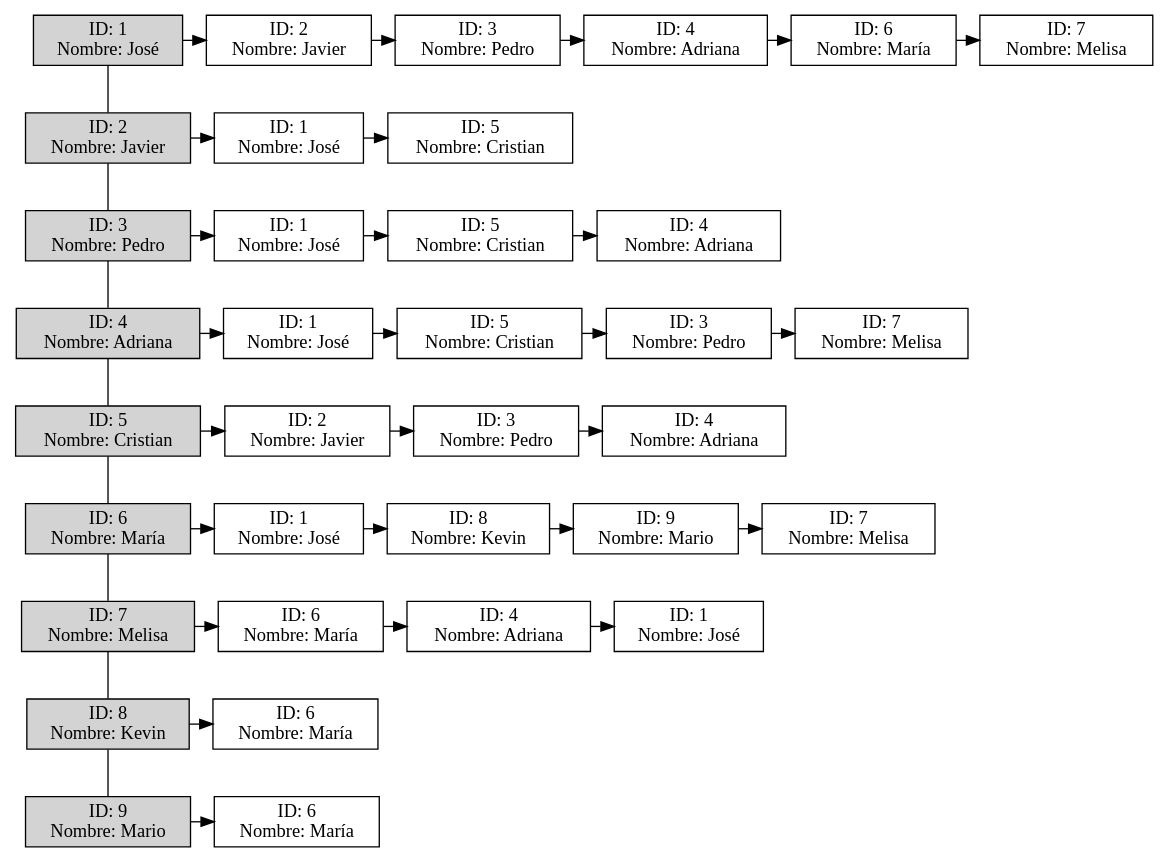
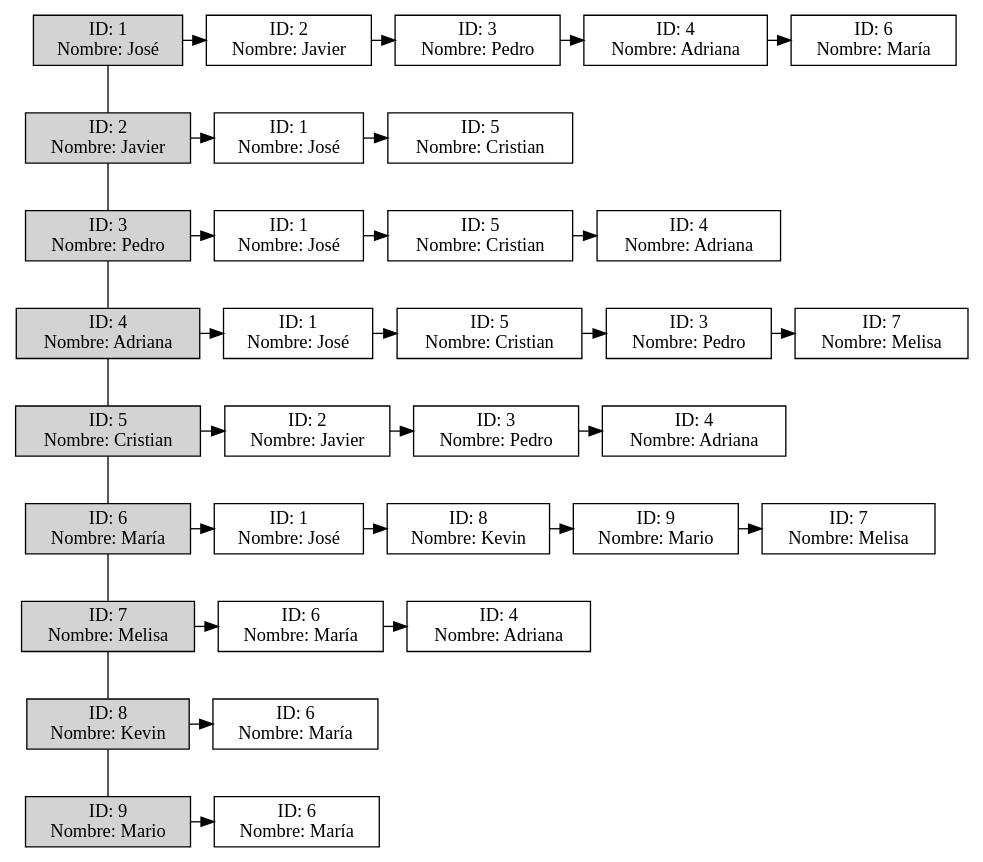
One commit to Ggi0/-EDD-Proyecto_202100229 changed the diagram in fase3/usuarios/reportes/grafoLista.dot. Above: the diagram before and after it, drawn with Graphviz. The commit also changed 15 other files, not shown here.

```diff
--- a/fase3/usuarios/reportes/grafoLista.dot
+++ b/fase3/usuarios/reportes/grafoLista.dot
@@ -1,73 +1,69 @@
 digraph G {
 node[shape = "box" style = "filled"]
 Nodo1[label = "ID: 1\nNombre: José" group = "1" fillcolor="lightgray"];
-Nodo1->Nodo2[dir = none];Nodo1->Nodo0x7f82a4642430;
-Nodo0x7f82a4642430[label = "ID: 2\nNombre: Javier" fillcolor = "white"];
-Nodo0x7f82a4642430->Nodo0x7f82a463e100;
-Nodo0x7f82a463e100[label = "ID: 3\nNombre: Pedro" fillcolor = "white"];
-Nodo0x7f82a463e100->Nodo0x7f82a463e280;
-Nodo0x7f82a463e280[label = "ID: 4\nNombre: Adriana" fillcolor = "white"];
-Nodo0x7f82a463e280->Nodo0x7f82a463e400;
-Nodo0x7f82a463e400[label = "ID: 6\nNombre: María" fillcolor = "white"];
-Nodo0x7f82a463e400->Nodo0x7f82a463f240;
-Nodo0x7f82a463f240[label = "ID: 7\nNombre: Melisa" fillcolor = "white"];
-{rank=same;Nodo1;Nodo0x7f82a4642430;Nodo0x7f82a463e100;Nodo0x7f82a463e280;Nodo0x7f82a463e400;Nodo0x7f82a463f240}
+Nodo1->Nodo2[dir = none];Nodo1->Nodo0x7fba8c506430;
+Nodo0x7fba8c506430[label = "ID: 2\nNombre: Javier" fillcolor = "white"];
+Nodo0x7fba8c506430->Nodo0x7fba8c5065b0;
+Nodo0x7fba8c5065b0[label = "ID: 3\nNombre: Pedro" fillcolor = "white"];
+Nodo0x7fba8c5065b0->Nodo0x7fba8c506730;
+Nodo0x7fba8c506730[label = "ID: 4\nNombre: Adriana" fillcolor = "white"];
+Nodo0x7fba8c506730->Nodo0x7fba8c5068b0;
+Nodo0x7fba8c5068b0[label = "ID: 6\nNombre: María" fillcolor = "white"];
+{rank=same;Nodo1;Nodo0x7fba8c506430;Nodo0x7fba8c5065b0;Nodo0x7fba8c506730;Nodo0x7fba8c5068b0}
 Nodo2[label = "ID: 2\nNombre: Javier" group = "1" fillcolor="lightgray"];
-Nodo2->Nodo3[dir = none];Nodo2->Nodo0x7f82a463e040;
-Nodo0x7f82a463e040[label = "ID: 1\nNombre: José" fillcolor = "white"];
-Nodo0x7f82a463e040->Nodo0x7f82a463e640;
-Nodo0x7f82a463e640[label = "ID: 5\nNombre: Cristian" fillcolor = "white"];
-{rank=same;Nodo2;Nodo0x7f82a463e040;Nodo0x7f82a463e640}
+Nodo2->Nodo3[dir = none];Nodo2->Nodo0x7fba8c5064f0;
+Nodo0x7fba8c5064f0[label = "ID: 1\nNombre: José" fillcolor = "white"];
+Nodo0x7fba8c5064f0->Nodo0x7fba8c506af0;
+Nodo0x7fba8c506af0[label = "ID: 5\nNombre: Cristian" fillcolor = "white"];
+{rank=same;Nodo2;Nodo0x7fba8c5064f0;Nodo0x7fba8c506af0}
 Nodo3[label = "ID: 3\nNombre: Pedro" group = "1" fillcolor="lightgray"];
-Nodo3->Nodo4[dir = none];Nodo3->Nodo0x7f82a463e1c0;
-Nodo0x7f82a463e1c0[label = "ID: 1\nNombre: José" fillcolor = "white"];
-Nodo0x7f82a463e1c0->Nodo0x7f82a463e7c0;
-Nodo0x7f82a463e7c0[label = "ID: 5\nNombre: Cristian" fillcolor = "white"];
-Nodo0x7f82a463e7c0->Nodo0x7f82a463ea00;
-Nodo0x7f82a463ea00[label = "ID: 4\nNombre: Adriana" fillcolor = "white"];
-{rank=same;Nodo3;Nodo0x7f82a463e1c0;Nodo0x7f82a463e7c0;Nodo0x7f82a463ea00}
+Nodo3->Nodo4[dir = none];Nodo3->Nodo0x7fba8c506670;
+Nodo0x7fba8c506670[label = "ID: 1\nNombre: José" fillcolor = "white"];
+Nodo0x7fba8c506670->Nodo0x7fba8c506c70;
+Nodo0x7fba8c506c70[label = "ID: 5\nNombre: Cristian" fillcolor = "white"];
+Nodo0x7fba8c506c70->Nodo0x7fba8c506eb0;
+Nodo0x7fba8c506eb0[label = "ID: 4\nNombre: Adriana" fillcolor = "white"];
+{rank=same;Nodo3;Nodo0x7fba8c506670;Nodo0x7fba8c506c70;Nodo0x7fba8c506eb0}
 Nodo4[label = "ID: 4\nNombre: Adriana" group = "1" fillcolor="lightgray"];
-Nodo4->Nodo5[dir = none];Nodo4->Nodo0x7f82a463e340;
-Nodo0x7f82a463e340[label = "ID: 1\nNombre: José" fillcolor = "white"];
-Nodo0x7f82a463e340->Nodo0x7f82a463e940;
-Nodo0x7f82a463e940[label = "ID: 5\nNombre: Cristian" fillcolor = "white"];
-Nodo0x7f82a463e940->Nodo0x7f82a463eac0;
-Nodo0x7f82a463eac0[label = "ID: 3\nNombre: Pedro" fillcolor = "white"];
-Nodo0x7f82a463eac0->Nodo0x7f82a463f0c0;
-Nodo0x7f82a463f0c0[label = "ID: 7\nNombre: Melisa" fillcolor = "white"];
-{rank=same;Nodo4;Nodo0x7f82a463e340;Nodo0x7f82a463e940;Nodo0x7f82a463eac0;Nodo0x7f82a463f0c0}
+Nodo4->Nodo5[dir = none];Nodo4->Nodo0x7fba8c5067f0;
+Nodo0x7fba8c5067f0[label = "ID: 1\nNombre: José" fillcolor = "white"];
+Nodo0x7fba8c5067f0->Nodo0x7fba8c506df0;
+Nodo0x7fba8c506df0[label = "ID: 5\nNombre: Cristian" fillcolor = "white"];
+Nodo0x7fba8c506df0->Nodo0x7fba8c506f70;
+Nodo0x7fba8c506f70[label = "ID: 3\nNombre: Pedro" fillcolor = "white"];
+Nodo0x7fba8c506f70->Nodo0x7fba8c50a050;
+Nodo0x7fba8c50a050[label = "ID: 7\nNombre: Melisa" fillcolor = "white"];
+{rank=same;Nodo4;Nodo0x7fba8c5067f0;Nodo0x7fba8c506df0;Nodo0x7fba8c506f70;Nodo0x7fba8c50a050}
 Nodo5[label = "ID: 5\nNombre: Cristian" group = "1" fillcolor="lightgray"];
-Nodo5->Nodo6[dir = none];Nodo5->Nodo0x7f82a463e580;
-Nodo0x7f82a463e580[label = "ID: 2\nNombre: Javier" fillcolor = "white"];
-Nodo0x7f82a463e580->Nodo0x7f82a463e700;
-Nodo0x7f82a463e700[label = "ID: 3\nNombre: Pedro" fillcolor = "white"];
-Nodo0x7f82a463e700->Nodo0x7f82a463e880;
-Nodo0x7f82a463e880[label = "ID: 4\nNombre: Adriana" fillcolor = "white"];
-{rank=same;Nodo5;Nodo0x7f82a463e580;Nodo0x7f82a463e700;Nodo0x7f82a463e880}
+Nodo5->Nodo6[dir = none];Nodo5->Nodo0x7fba8c506a30;
+Nodo0x7fba8c506a30[label = "ID: 2\nNombre: Javier" fillcolor = "white"];
+Nodo0x7fba8c506a30->Nodo0x7fba8c506bb0;
+Nodo0x7fba8c506bb0[label = "ID: 3\nNombre: Pedro" fillcolor = "white"];
+Nodo0x7fba8c506bb0->Nodo0x7fba8c506d30;
+Nodo0x7fba8c506d30[label = "ID: 4\nNombre: Adriana" fillcolor = "white"];
+{rank=same;Nodo5;Nodo0x7fba8c506a30;Nodo0x7fba8c506bb0;Nodo0x7fba8c506d30}
 Nodo6[label = "ID: 6\nNombre: María" group = "1" fillcolor="lightgray"];
-Nodo6->Nodo7[dir = none];Nodo6->Nodo0x7f82a463e4c0;
-Nodo0x7f82a463e4c0[label = "ID: 1\nNombre: José" fillcolor = "white"];
-Nodo0x7f82a463e4c0->Nodo0x7f82a463eb80;
-Nodo0x7f82a463eb80[label = "ID: 8\nNombre: Kevin" fillcolor = "white"];
-Nodo0x7f82a463eb80->Nodo0x7f82a463ed00;
-Nodo0x7f82a463ed00[label = "ID: 9\nNombre: Mario" fillcolor = "white"];
-Nodo0x7f82a463ed00->Nodo0x7f82a463ee80;
-Nodo0x7f82a463ee80[label = "ID: 7\nNombre: Melisa" fillcolor = "white"];
-{rank=same;Nodo6;Nodo0x7f82a463e4c0;Nodo0x7f82a463eb80;Nodo0x7f82a463ed00;Nodo0x7f82a463ee80}
+Nodo6->Nodo7[dir = none];Nodo6->Nodo0x7fba8c506970;
+Nodo0x7fba8c506970[label = "ID: 1\nNombre: José" fillcolor = "white"];
+Nodo0x7fba8c506970->Nodo0x7fba8c507030;
+Nodo0x7fba8c507030[label = "ID: 8\nNombre: Kevin" fillcolor = "white"];
+Nodo0x7fba8c507030->Nodo0x7fba8c5071b0;
+Nodo0x7fba8c5071b0[label = "ID: 9\nNombre: Mario" fillcolor = "white"];
+Nodo0x7fba8c5071b0->Nodo0x7fba8c509e10;
+Nodo0x7fba8c509e10[label = "ID: 7\nNombre: Melisa" fillcolor = "white"];
+{rank=same;Nodo6;Nodo0x7fba8c506970;Nodo0x7fba8c507030;Nodo0x7fba8c5071b0;Nodo0x7fba8c509e10}
 Nodo7[label = "ID: 7\nNombre: Melisa" group = "1" fillcolor="lightgray"];
-Nodo7->Nodo8[dir = none];Nodo7->Nodo0x7f82a463ef40;
-Nodo0x7f82a463ef40[label = "ID: 6\nNombre: María" fillcolor = "white"];
-Nodo0x7f82a463ef40->Nodo0x7f82a463f000;
-Nodo0x7f82a463f000[label = "ID: 4\nNombre: Adriana" fillcolor = "white"];
-Nodo0x7f82a463f000->Nodo0x7f82a463f180;
-Nodo0x7f82a463f180[label = "ID: 1\nNombre: José" fillcolor = "white"];
-{rank=same;Nodo7;Nodo0x7f82a463ef40;Nodo0x7f82a463f000;Nodo0x7f82a463f180}
+Nodo7->Nodo8[dir = none];Nodo7->Nodo0x7fba8c509ed0;
+Nodo0x7fba8c509ed0[label = "ID: 6\nNombre: María" fillcolor = "white"];
+Nodo0x7fba8c509ed0->Nodo0x7fba8c509f90;
+Nodo0x7fba8c509f90[label = "ID: 4\nNombre: Adriana" fillcolor = "white"];
+{rank=same;Nodo7;Nodo0x7fba8c509ed0;Nodo0x7fba8c509f90}
 Nodo8[label = "ID: 8\nNombre: Kevin" group = "1" fillcolor="lightgray"];
-Nodo8->Nodo9[dir = none];Nodo8->Nodo0x7f82a463ec40;
-Nodo0x7f82a463ec40[label = "ID: 6\nNombre: María" fillcolor = "white"];
-{rank=same;Nodo8;Nodo0x7f82a463ec40}
+Nodo8->Nodo9[dir = none];Nodo8->Nodo0x7fba8c5070f0;
+Nodo0x7fba8c5070f0[label = "ID: 6\nNombre: María" fillcolor = "white"];
+{rank=same;Nodo8;Nodo0x7fba8c5070f0}
 Nodo9[label = "ID: 9\nNombre: Mario" group = "1" fillcolor="lightgray"];
-Nodo9->Nodo0x7f82a463edc0;
-Nodo0x7f82a463edc0[label = "ID: 6\nNombre: María" fillcolor = "white"];
-{rank=same;Nodo9;Nodo0x7f82a463edc0}
+Nodo9->Nodo0x7fba8c509d50;
+Nodo0x7fba8c509d50[label = "ID: 6\nNombre: María" fillcolor = "white"];
+{rank=same;Nodo9;Nodo0x7fba8c509d50}
 }
```
